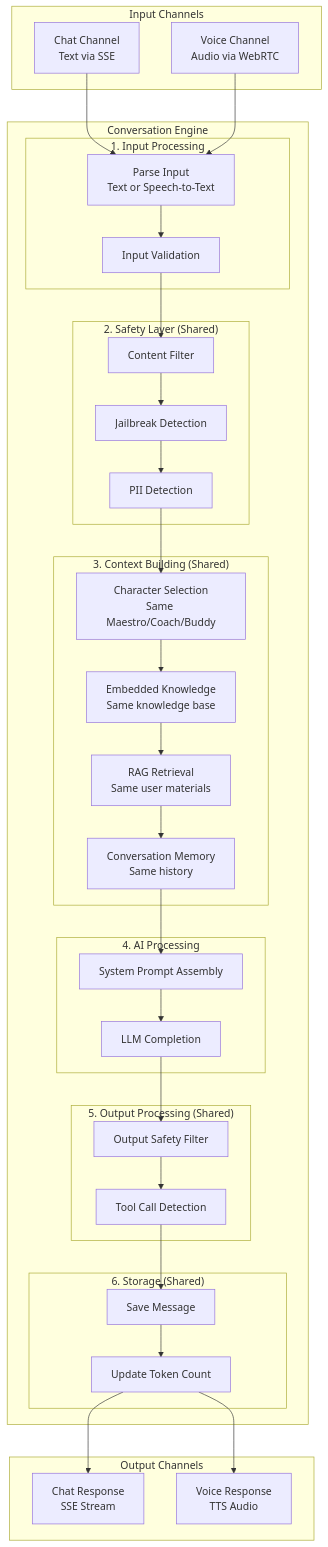
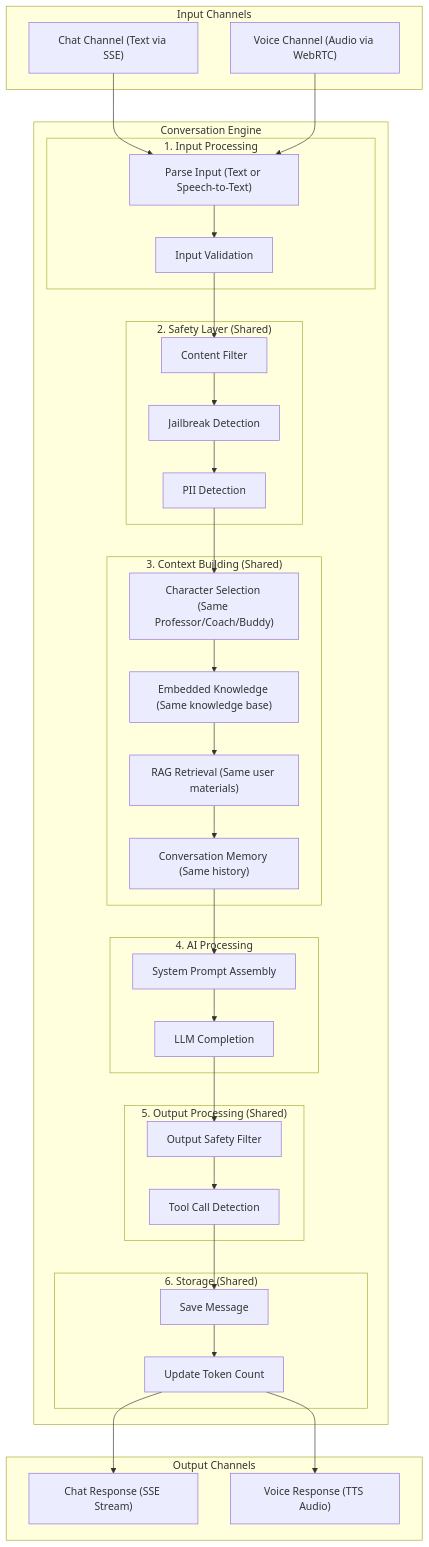
The eighth of 50 diagrams in ARCHITECTURE-DIAGRAMS.md (FightTheStroke/MirrorBuddy), drawn with Mermaid before and after one commit. The commit also changed other lines of this file, not shown here.

First line of the commit message:
docs(arch): rewrite diagrams in English, rename Maestri to Professors

````diff
--- a/ARCHITECTURE-DIAGRAMS.md
+++ b/ARCHITECTURE-DIAGRAMS.md
@@ -372,71 +371,71 @@
 ```mermaid
 graph TB
-    subgraph "Input Channels"
-        Chat[Chat Channel<br/>Text via SSE]
-        Voice[Voice Channel<br/>Audio via WebRTC]
+    subgraph Input_Channels["Input Channels"]
+        Chat["Chat Channel (Text via SSE)"]
+        Voice["Voice Channel (Audio via WebRTC)"]
     end
 
-    subgraph "Conversation Engine"
-        subgraph "1. Input Processing"
-            Parse[Parse Input<br/>Text or Speech-to-Text]
+    subgraph Conversation_Engine["Conversation Engine"]
+        subgraph Input_Processing["1. Input Processing"]
+            Parse["Parse Input (Text or Speech-to-Text)"]
             Validate[Input Validation]
         end
 
-        subgraph "2. Safety Layer (Shared)"
+        subgraph Safety_Layer["2. Safety Layer (Shared)"]
             ContentFilter[Content Filter]
             JailbreakDetect[Jailbreak Detection]
             PIIDetect[PII Detection]
         end
 
-        subgraph "3. Context Building (Shared)"
-            Character[Character Selection<br/>Same Maestro/Coach/Buddy]
-            Knowledge[Embedded Knowledge<br/>Same knowledge base]
-            RAGContext[RAG Retrieval<br/>Same user materials]
-            Memory[Conversation Memory<br/>Same history]
+        subgraph Context_Building["3. Context Building (Shared)"]
+            Character["Character Selection (Same Professor/Coach/Buddy)"]
+            Knowledge["Embedded Knowledge (Same knowledge base)"]
+            RAGContext["RAG Retrieval (Same user materials)"]
+            Memory["Conversation Memory (Same history)"]
         end
 
-        subgraph "4. AI Processing"
+        subgraph AI_Processing["4. AI Processing"]
             Prompt[System Prompt Assembly]
             LLM[LLM Completion]
         end
 
-        subgraph "5. Output Processing (Shared)"
+        subgraph Output_Processing["5. Output Processing (Shared)"]
             OutputFilter[Output Safety Filter]
             ToolDetect[Tool Call Detection]
         end
 
-        subgraph "6. Storage (Shared)"
+        subgraph Storage["6. Storage (Shared)"]
             SaveMsg[Save Message]
             UpdateTokens[Update Token Count]
         end
     end
 
-    subgraph "Output Channels"
-        ChatOut[Chat Response<br/>SSE Stream]
-        VoiceOut[Voice Response<br/>TTS Audio]
+    subgraph Output_Channels["Output Channels"]
+        ChatOut["Chat Response (SSE Stream)"]
+        VoiceOut["Voice Response (TTS Audio)"]
     end
 
     Chat --> Parse
     Voice --> Parse
 
     Parse --> Validate
     Validate --> ContentFilter
     ContentFilter --> JailbreakDetect
     JailbreakDetect --> PIIDetect
 
     PIIDetect --> Character
     Character --> Knowledge
     Knowledge --> RAGContext
     RAGContext --> Memory
 
     Memory --> Prompt
     Prompt --> LLM
 
     LLM --> OutputFilter
     OutputFilter --> ToolDetect
     ToolDetect --> SaveMsg
     SaveMsg --> UpdateTokens
 
     UpdateTokens --> ChatOut
     UpdateTokens --> VoiceOut
 ```
````
